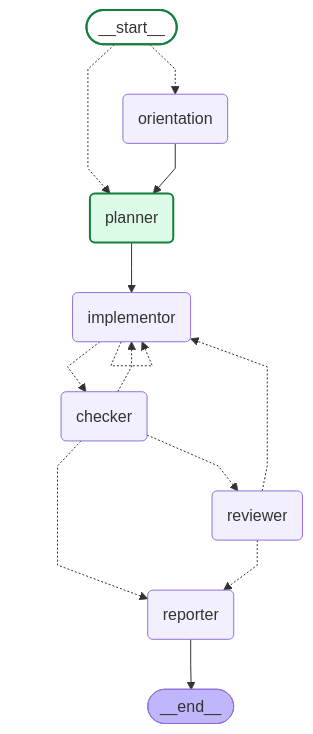
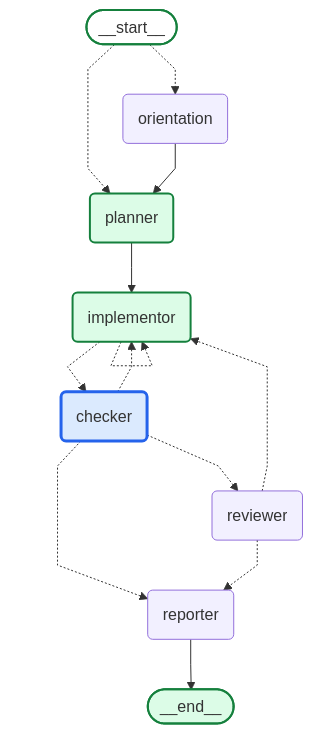
The diagram in runs/20260810-104906-78bfb0/graph.mmd (daniell0gda/hermes-feature-check-dashboard), drawn with Mermaid before and after one commit. The commit also changed 13 other files, not shown here.

```diff
--- a/runs/20260810-104906-78bfb0/graph.mmd
+++ b/runs/20260810-104906-78bfb0/graph.mmd
@@ -1,35 +1,38 @@
 ---
 config:
   flowchart:
     curve: linear
 ---
 graph TD;
 	__start__([<p>__start__</p>]):::first
 	orientation(orientation)
 	planner(planner)
 	implementor(implementor)
 	checker(checker)
 	reviewer(reviewer)
 	reporter(reporter)
 	__end__([<p>__end__</p>]):::last
 	__start__ -.-> orientation;
 	__start__ -.-> planner;
 	checker -.-> implementor;
 	checker -.-> reporter;
 	checker -.-> reviewer;
 	implementor -.-> checker;
 	orientation --> planner;
 	planner --> implementor;
 	reviewer -.-> implementor;
 	reviewer -.-> reporter;
 	reporter --> __end__;
 	implementor -.-> implementor;
 	classDef default fill:#f2f0ff,line-height:1.2
 	classDef first fill-opacity:0
 	classDef last fill:#bfb6fc
 
 classDef done fill:#dcfce7,stroke:#15803d,stroke-width:2px;
 classDef active fill:#dbeafe,stroke:#2563eb,stroke-width:3px;
 classDef failed fill:#fee2e2,stroke:#b42318,stroke-width:2px;
 class planner done;
+class implementor done;
+class checker active;
 class __start__ done;
+class __end__ done;
```
